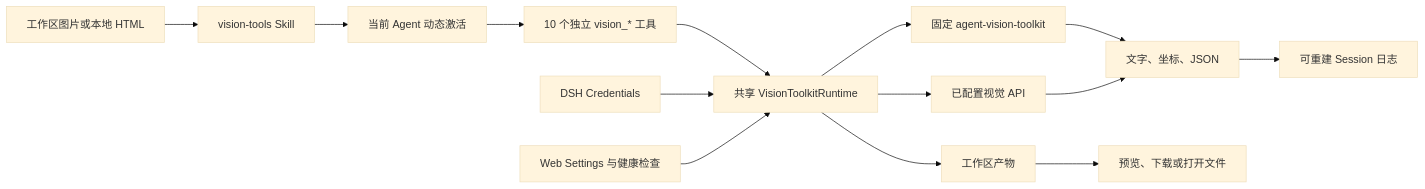
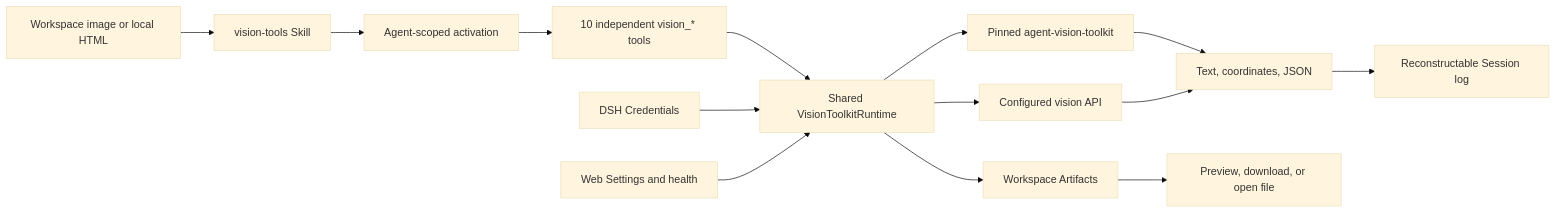
One commit to Anionex/dsh-vision-toolkit changed the diagram in README.zh.md. Above: the diagram before and after it, drawn with Mermaid (base theme).

Commit message:
docs: align bilingual architecture blocks

````diff
--- a/README.zh.md
+++ b/README.zh.md
@@ -66,16 +66,16 @@
 ```mermaid
 flowchart LR
-    User["工作区图片或本地 HTML"] --> Skill["vision-tools Skill"]
-    Skill --> Activate["当前 Agent 动态激活"]
-    Activate --> Tools["10 个独立 vision_* 工具"]
-    Tools --> Runtime["共享 VisionToolkitRuntime"]
+    User["Workspace image or local HTML"] --> Skill["vision-tools Skill"]
+    Skill --> Activate["Agent-scoped activation"]
+    Activate --> Tools["10 independent vision_* tools"]
+    Tools --> Runtime["Shared VisionToolkitRuntime"]
     Credentials["DSH Credentials"] --> Runtime
-    Settings["Web Settings 与健康检查"] --> Runtime
-    Runtime --> Upstream["固定 agent-vision-toolkit"]
-    Runtime --> Remote["已配置视觉 API"]
-    Upstream --> Result["文字、坐标、JSON"]
+    Settings["Web Settings and health"] --> Runtime
+    Runtime --> Upstream["Pinned agent-vision-toolkit"]
+    Runtime --> Remote["Configured vision API"]
+    Upstream --> Result["Text, coordinates, JSON"]
     Remote --> Result
-    Runtime --> Artifacts["工作区产物"]
-    Result --> Session["可重建 Session 日志"]
-    Artifacts --> Web["预览、下载或打开文件"]
+    Runtime --> Artifacts["Workspace Artifacts"]
+    Result --> Session["Reconstructable Session log"]
+    Artifacts --> Web["Preview, download, or open file"]
 ```
````
